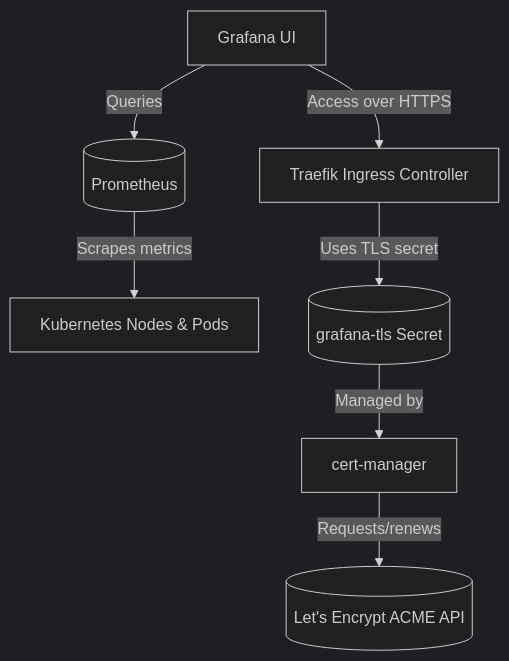
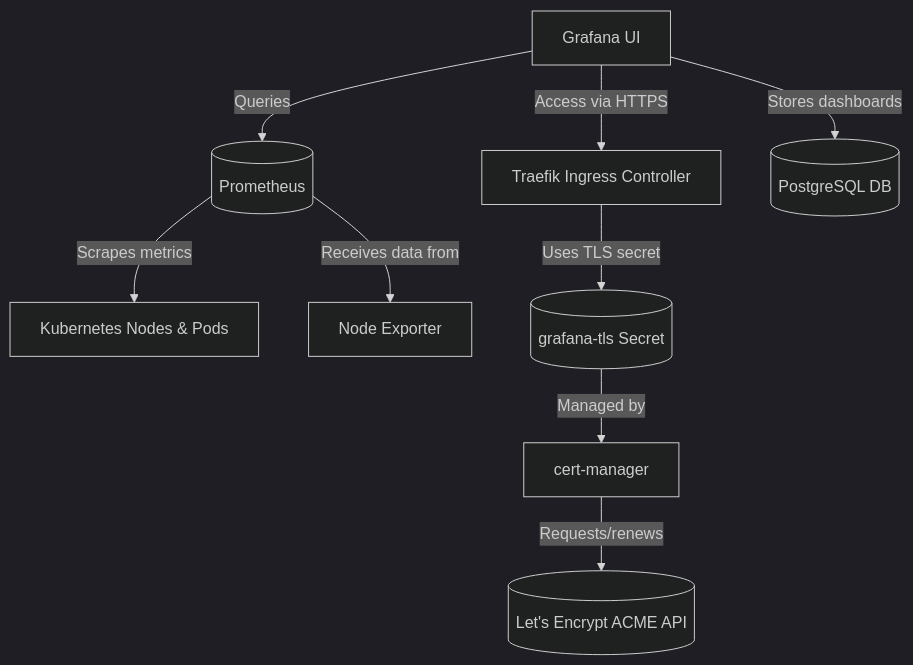
Before and after one commit to achmadsholehudin/k8s-monitoring-stack: the diagram in README.md, drawn with Mermaid (dark theme). The commit also changed other lines of this file and 10 other files, not shown here.

````diff
--- a/README.md
+++ b/README.md
@@ -177,9 +299,12 @@
 ```mermaid
 flowchart TD
     A[Grafana UI] -->|Queries| B[(Prometheus)]
     B -->|Scrapes metrics| C[Kubernetes Nodes & Pods]
-    A -->|Access over HTTPS| D[Traefik Ingress Controller]
+    B -->|Receives data from| H[Node Exporter]
+    A -->|Access via HTTPS| D[Traefik Ingress Controller]
+    A -->|Stores dashboards| I[(PostgreSQL DB)]
     D -->|Uses TLS secret| E[(grafana-tls Secret)]
     E -->|Managed by| F[cert-manager]
     F -->|Requests/renews| G[(Let's Encrypt ACME API)]
+
 ```
````
